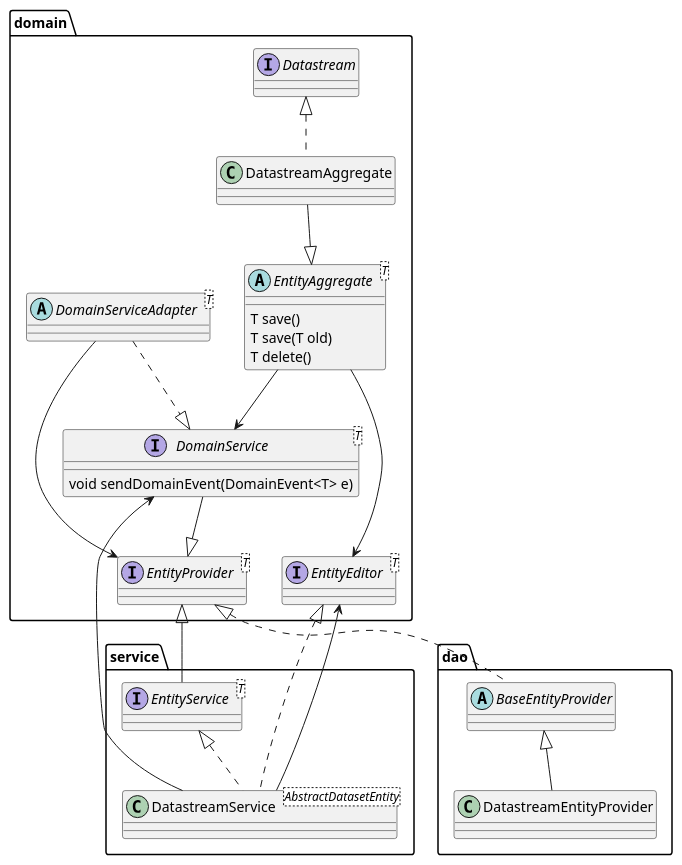
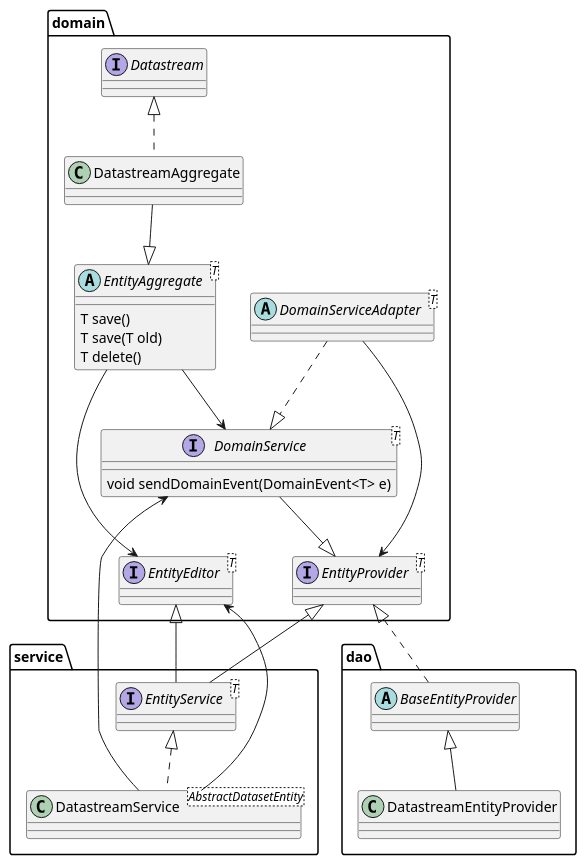
Before and after one commit to 52North/sensorweb-server-sta: the diagram in docs/diagrams/data-provider.puml, drawn with PlantUML. The commit also changed 10 other files, not shown here.

```diff
--- a/docs/diagrams/data-provider.puml
+++ b/docs/diagrams/data-provider.puml
@@ -1,60 +1,60 @@
 @startuml 52n SensorThings API, Data Provider (Datastream)
 
 package service {
     interface "EntityService<T>" as api_entity_service
     class "DatastreamService<AbstractDatasetEntity>" as api_ds_service
 
      api_entity_service <|.. api_ds_service
 
 }
 
 package domain {
     interface "Datastream" as api_ds
     interface "EntityProvider<T>" as api_entity_provider
     interface "EntityEditor<T>" as api_entity_editor
 
     interface "DomainService<T>" as domain_domain_service {
         void sendDomainEvent(DomainEvent<T> e)
     }
     abstract class "DomainServiceAdapter<T>" as domain_domain_service_adapter
     abstract class "EntityAggregate<T>" as domain_entity_aggregate {
         T save()
         T save(T old)
         T delete()
     }
     class "DatastreamAggregate" as domain_ds_aggregate
 
     domain_domain_service --|> api_entity_provider
     domain_entity_aggregate ---> api_entity_editor
 
     domain_domain_service_adapter ..|> domain_domain_service
     domain_domain_service_adapter --> api_entity_provider
 }
 
 package dao {
     abstract class "BaseEntityProvider" as dao_base_entity_provider
     class "DatastreamEntityProvider" as dao_ds_entity_provider
 
 '     class "DatastreamRepository" as dao_ds_repo
 '     class "DatastreamData" as dao_ds_data
 
 '     class "DatastreamQuerySpecification" as dao_ds_query_spec
 '     class "DatastreamGraphBuilder" as dao_ds_graph_builder
 
     api_entity_provider <|.. dao_base_entity_provider
     dao_base_entity_provider <|-- dao_ds_entity_provider
 '     dao_ds_data ..|> api_ds
 }
 
 
+api_entity_editor <|-- api_entity_service
 api_entity_provider <|-- api_entity_service
 domain_domain_service <-- api_ds_service
-api_entity_editor <|.. api_ds_service
 api_entity_editor <-- api_ds_service
 
 domain_entity_aggregate --> domain_domain_service
 domain_ds_aggregate --|> domain_entity_aggregate
 api_ds <|.. domain_ds_aggregate
 
 
 @enduml
```
